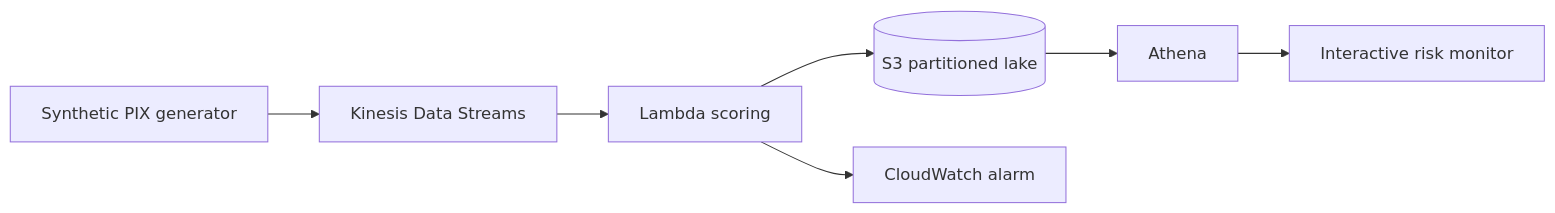
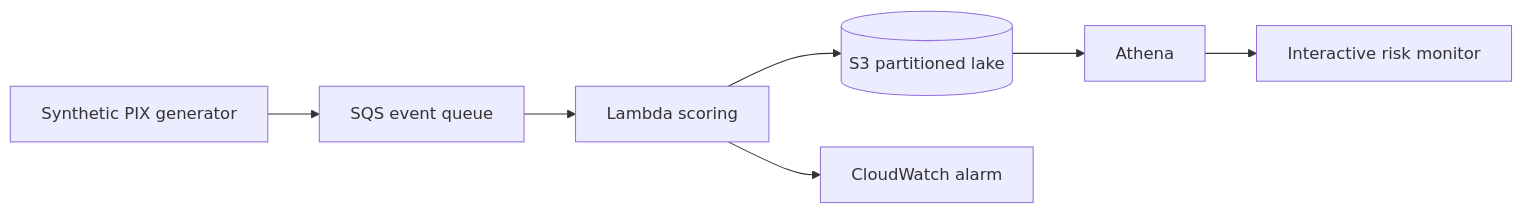
The diagram in README.md (guivital1/pix-sentinel), drawn with Mermaid before and after one commit. The commit also changed other lines of this file and 8 other files, not shown here.

````diff
--- a/README.md
+++ b/README.md
@@ -22,9 +22,9 @@
 ```mermaid
 flowchart LR
-    G[Synthetic PIX generator] --> K[Kinesis Data Streams]
-    K --> L[Lambda scoring]
+    G[Synthetic PIX generator] --> Q[SQS event queue]
+    Q --> L[Lambda scoring]
     L --> S[(S3 partitioned lake)]
     S --> A[Athena]
     A --> D[Interactive risk monitor]
     L --> C[CloudWatch alarm]
 ```
````
